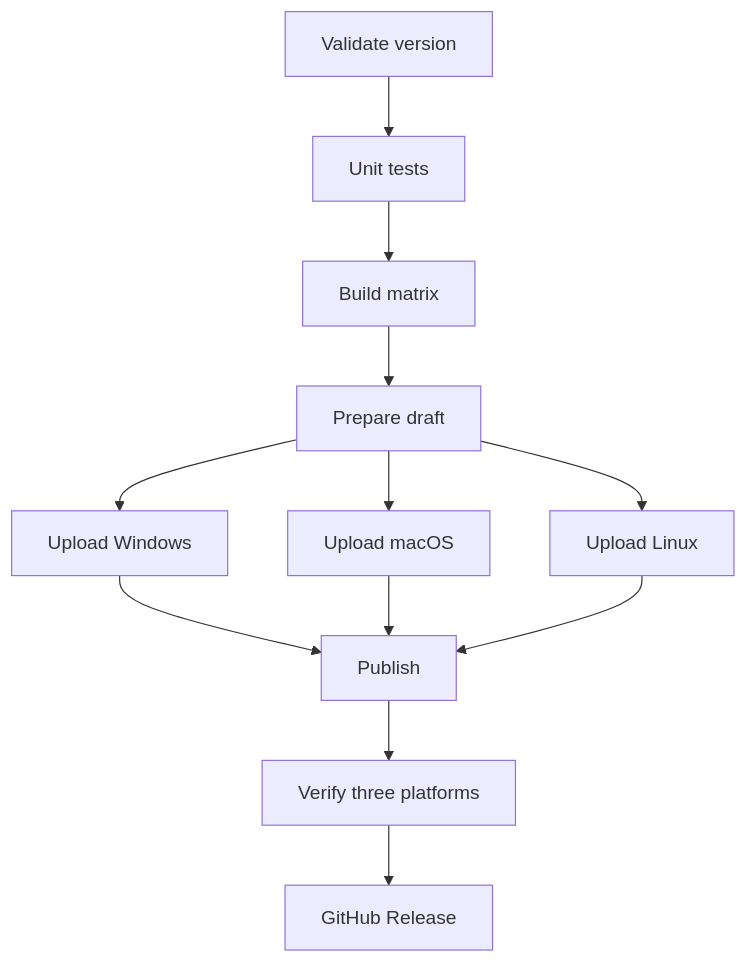
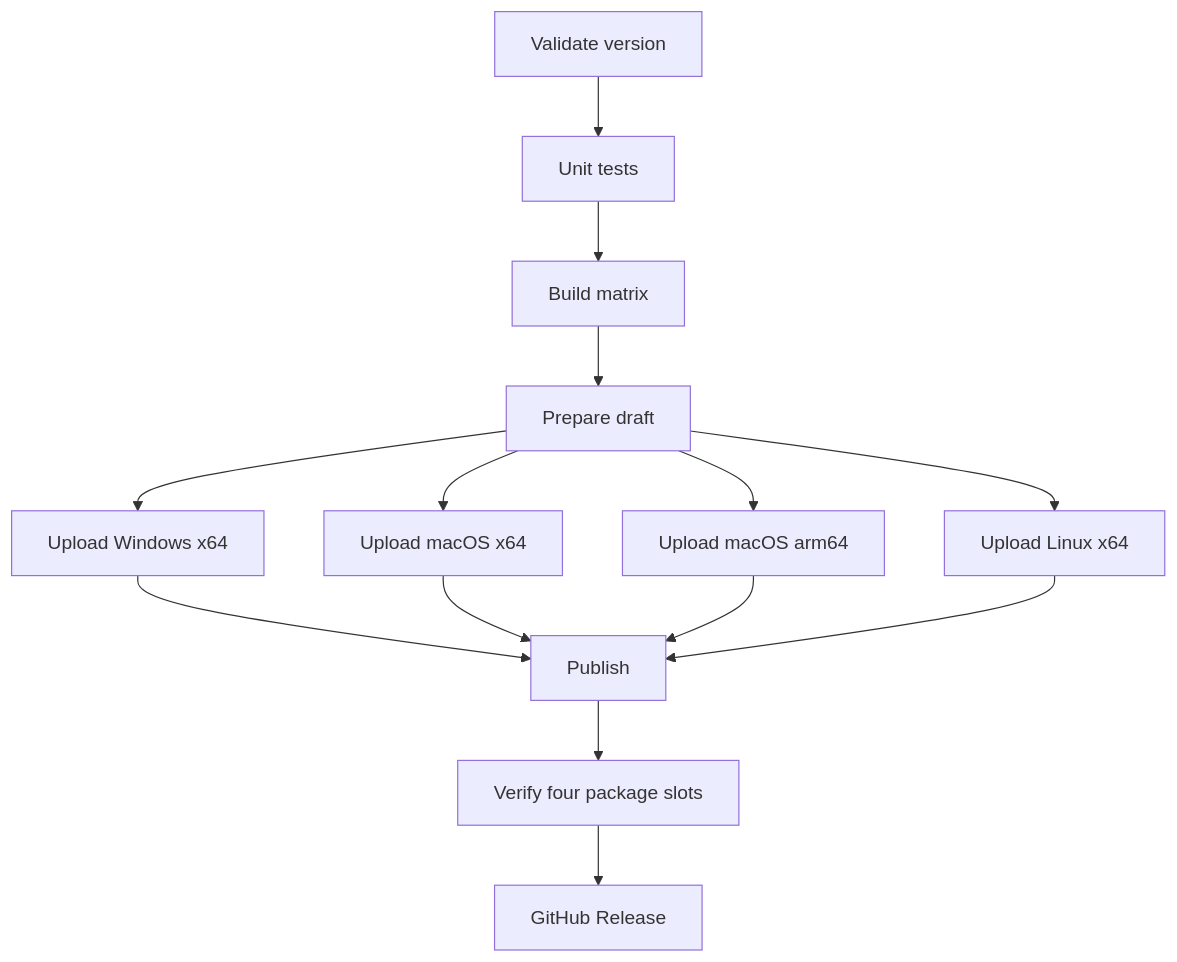
One commit to Harley-xk/mark-it changed the second of 3 diagrams in docs/AppHub发布上传链路优化.md. Above: the diagram before and after it, drawn with Mermaid. The commit also changed other lines of this file and 11 other files, not shown here.

````diff
--- a/docs/AppHub发布上传链路优化.md
+++ b/docs/AppHub发布上传链路优化.md
@@ -113,14 +115,16 @@
 ```mermaid
 flowchart TD
   V[Validate version] --> T[Unit tests]
   T --> B[Build matrix]
   B --> P[Prepare draft]
-  P --> WU[Upload Windows]
-  P --> MU[Upload macOS]
-  P --> LU[Upload Linux]
+  P --> WU[Upload Windows x64]
+  P --> MX[Upload macOS x64]
+  P --> MA[Upload macOS arm64]
+  P --> LU[Upload Linux x64]
   WU --> PU[Publish]
-  MU --> PU
+  MX --> PU
+  MA --> PU
   LU --> PU
-  PU --> VF[Verify three platforms]
+  PU --> VF[Verify four package slots]
   VF --> GR[GitHub Release]
 ```
````
